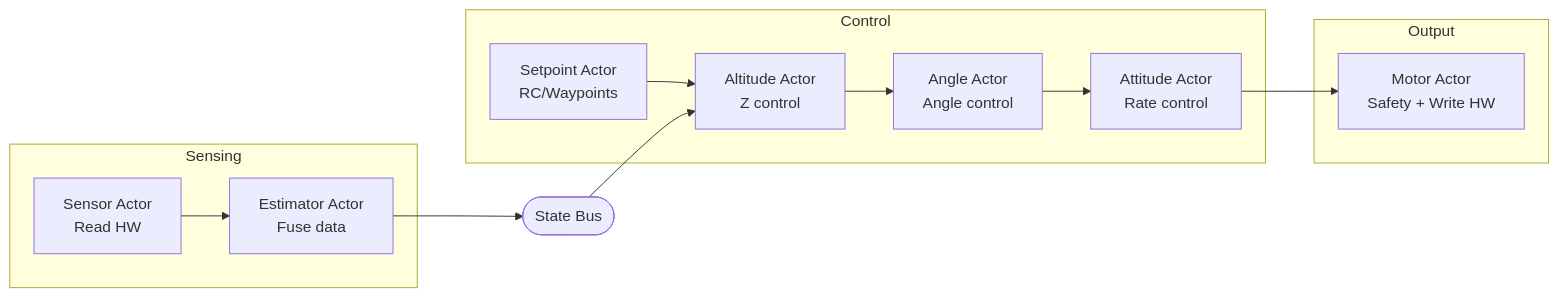
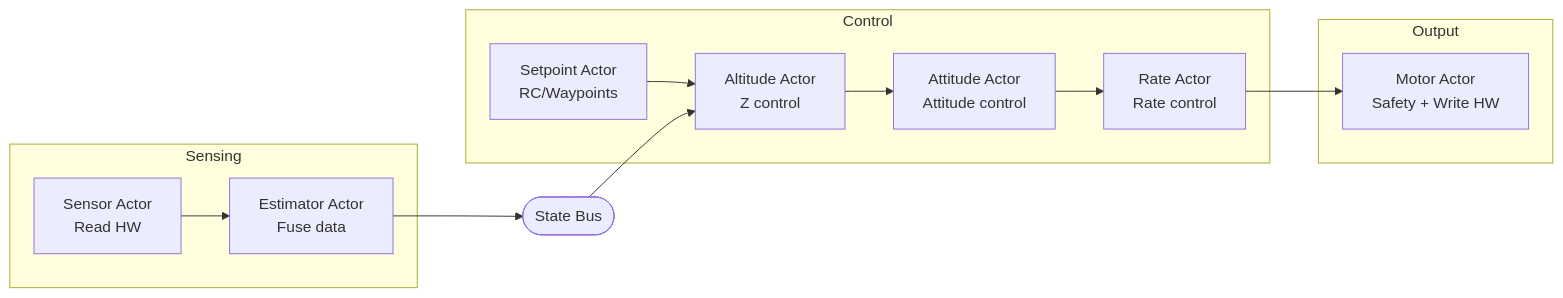
One commit to joagre/rt changed the third of 3 diagrams in examples/pilot/SPEC.md. Above: the diagram before and after it, drawn with Mermaid. The commit also changed other lines of this file and 18 other files, not shown here.

````diff
--- a/examples/pilot/SPEC.md
+++ b/examples/pilot/SPEC.md
@@ -523,22 +522,22 @@
 ```mermaid
 graph LR
     subgraph Sensing
         Sensor[Sensor Actor<br/>Read HW]
         Estimator[Estimator Actor<br/>Fuse data]
     end
 
     subgraph Control
         Setpoint[Setpoint Actor<br/>RC/Waypoints]
         Altitude[Altitude Actor<br/>Z control]
-        Angle[Angle Actor<br/>Angle control]
-        Attitude[Attitude Actor<br/>Rate control]
+        Attitude[Attitude Actor<br/>Attitude control]
+        Rate[Rate Actor<br/>Rate control]
     end
 
     subgraph Output
         Motor[Motor Actor<br/>Safety + Write HW]
     end
 
     Sensor --> Estimator --> StateBus([State Bus])
     Setpoint --> Altitude
-    StateBus --> Altitude --> Angle --> Attitude --> Motor
+    StateBus --> Altitude --> Attitude --> Rate --> Motor
 ```
````
